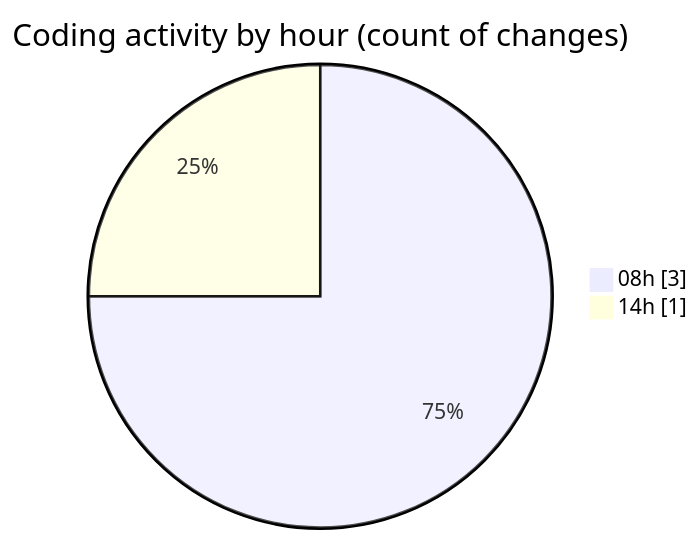
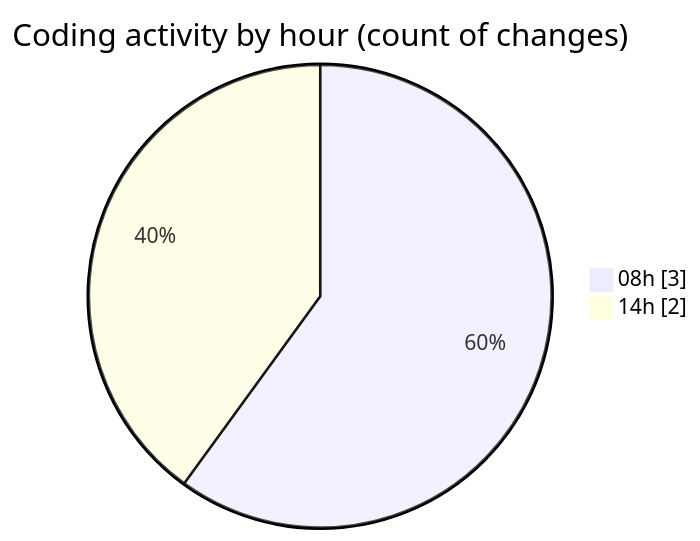
Before and after one commit to LanceThiago/code-tracking: the second of 2 diagrams in 2025-04-28/enre_-_calculadora_de_consumo_v_2022_files/README.md, drawn with Mermaid. The commit also changed other lines of this file and 1 other file, not shown here.

````diff
--- a/2025-04-28/enre_-_calculadora_de_consumo_v_2022_files/README.md
+++ b/2025-04-28/enre_-_calculadora_de_consumo_v_2022_files/README.md
@@ -28,6 +28,6 @@
 ```mermaid
 pie showData
 title Coding activity by hour (count of changes)
 "08h" : 3
-"14h" : 1
+"14h" : 2
 ```
````
